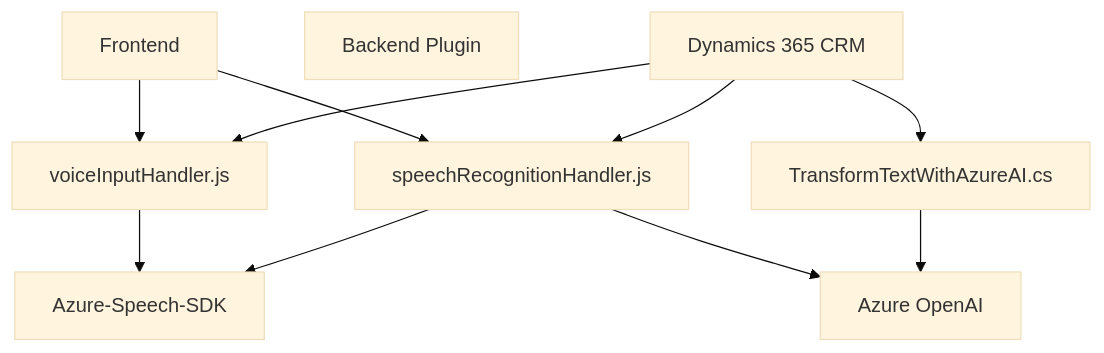
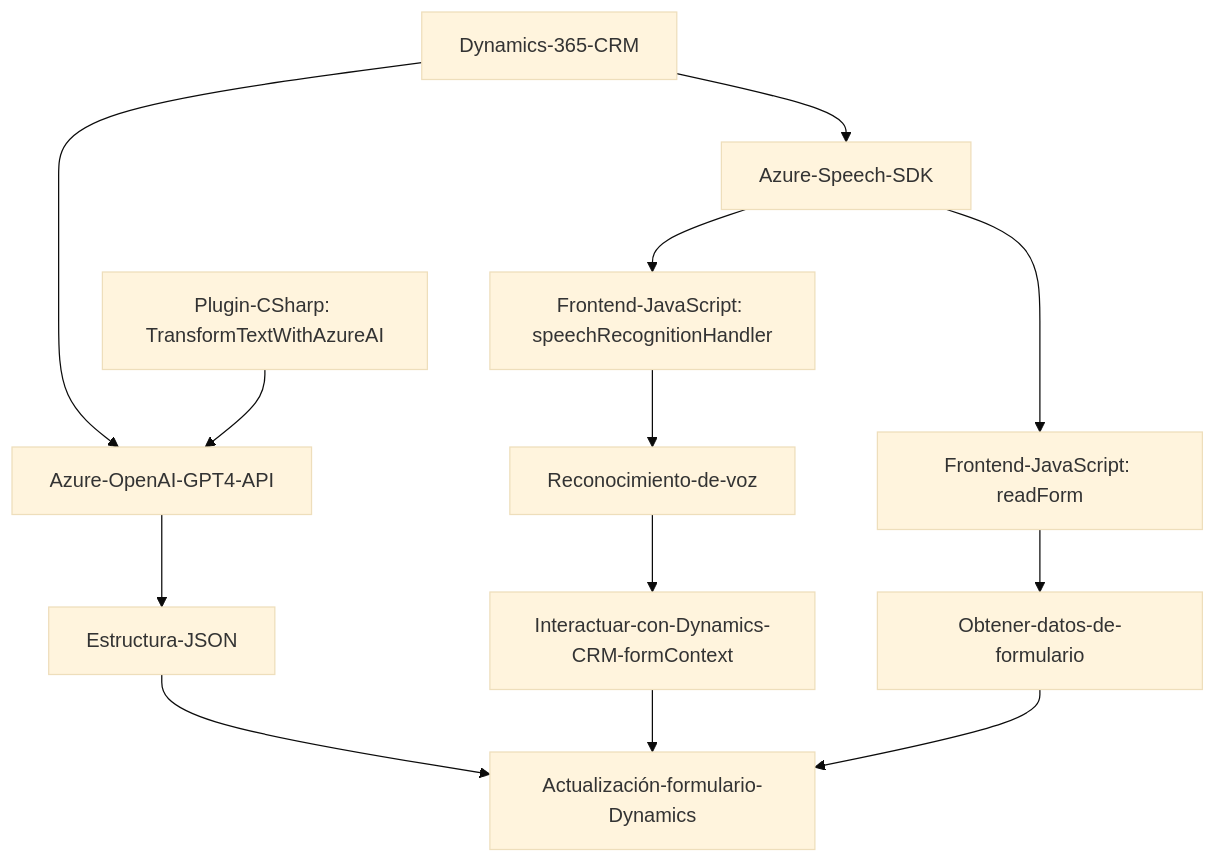
One commit to blopezdm/NETCORE_BILBAO2025 changed the diagram in README.md. Above: the diagram before and after it, drawn with Mermaid (base theme). The commit also changed other lines of this file, not shown here.

Commit message:
Actualizar análisis global de la solución con IA

````diff
--- a/README.md
+++ b/README.md
@@ -58,21 +34,15 @@
 ```mermaid
 graph TD
-    A["Frontend"]
-    B["voiceInputHandler.js"]
-    C["speechRecognitionHandler.js"]
-    D["Backend Plugin"]
-    E["TransformTextWithAzureAI.cs"]
-    F["Azure-Speech-SDK"]
-    G["Azure OpenAI"]
-    H["Dynamics 365 CRM"]
-
-    A --> B
-    A --> C
-    B --> F
-    C --> F
-    H --> B
-    H --> C
-    C --> G
-    E --> G
-    H --> E
+    A["Dynamics-365-CRM"] --> B["Azure-Speech-SDK"]
+    A --> C["Azure-OpenAI-GPT4-API"]
+    B --> D["Frontend-JavaScript: readForm"]
+    B --> E["Frontend-JavaScript: speechRecognitionHandler"]
+    D --> F["Obtener-datos-de-formulario"]
+    E --> G["Reconocimiento-de-voz"]
+    G --> H["Interactuar-con-Dynamics-CRM-formContext"]
+    I["Plugin-CSharp: TransformTextWithAzureAI"] --> C
+    C --> J["Estructura-JSON"]
+    J --> K["Actualización-formulario-Dynamics"]
+    H --> K
+    F --> K
 ```
````
